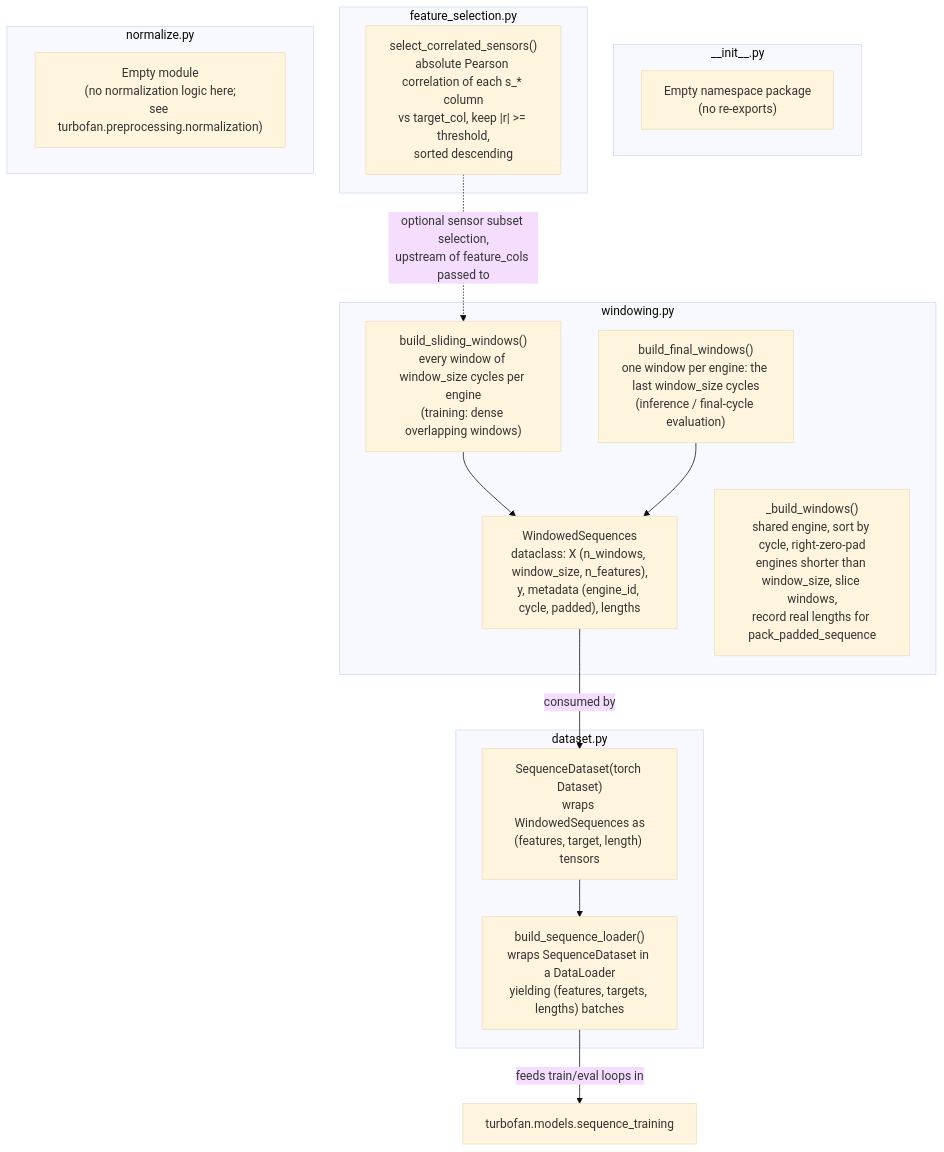
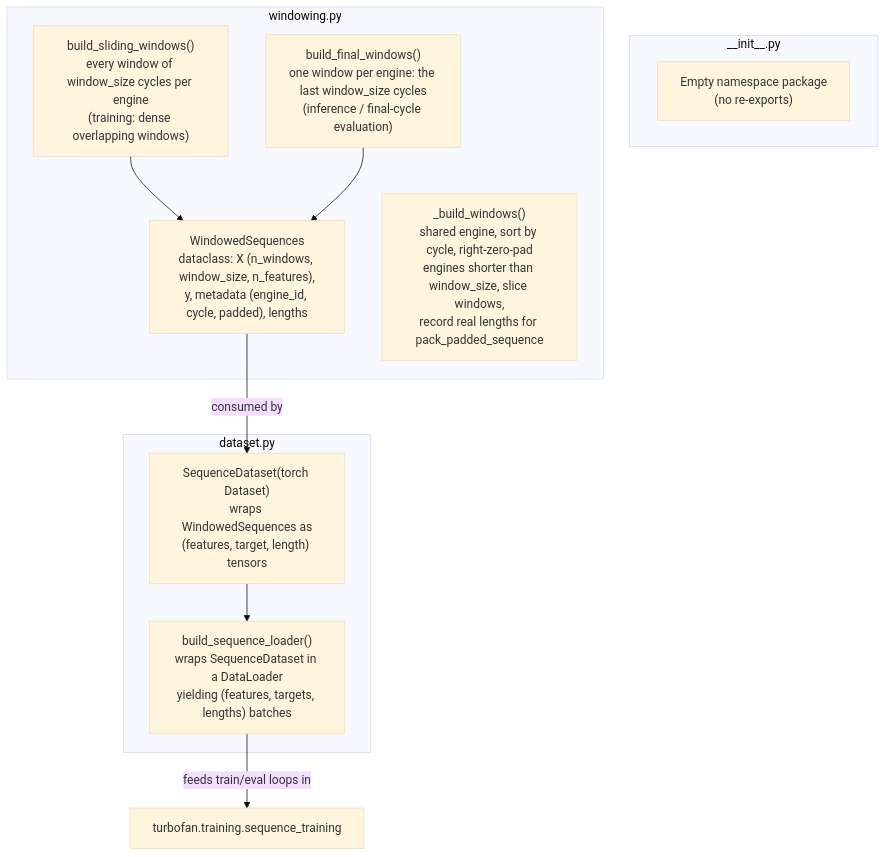
Before and after one commit to virgil-castillo/turbofan-rul-mlops: the diagram in src/turbofan/sequences/diagram.md, drawn with Mermaid (base theme). The commit also changed 9 other files, not shown here.

First line of the commit message:
docs: refresh module diagrams for the boundary refactor

````diff
--- a/src/turbofan/sequences/diagram.md
+++ b/src/turbofan/sequences/diagram.md
@@ -3,33 +3,24 @@
 ```mermaid
 flowchart TD
     subgraph init_py["__init__.py"]
         I1["Empty namespace package\n(no re-exports)"]
     end
 
     subgraph windowing_py["windowing.py"]
         W1["WindowedSequences\ndataclass: X (n_windows, window_size, n_features),\ny, metadata (engine_id, cycle, padded), lengths"]
         W2["build_sliding_windows()\nevery window of window_size cycles per engine\n(training: dense overlapping windows)"]
         W3["build_final_windows()\none window per engine: the last window_size cycles\n(inference / final-cycle evaluation)"]
         W4["_build_windows()\nshared engine, sort by cycle, right-zero-pad\nengines shorter than window_size, slice windows,\nrecord real lengths for pack_padded_sequence"]
     end
 
     subgraph dataset_py["dataset.py"]
         D1["SequenceDataset(torch Dataset)\nwraps WindowedSequences as\n(features, target, length) tensors"]
         D2["build_sequence_loader()\nwraps SequenceDataset in a DataLoader\nyielding (features, targets, lengths) batches"]
     end
 
-    subgraph feature_selection_py["feature_selection.py"]
-        F1["select_correlated_sensors()\nabsolute Pearson correlation of each s_* column\nvs target_col, keep |r| >= threshold,\nsorted descending"]
-    end
-
-    subgraph normalize_py["normalize.py"]
-        NRM1["Empty module\n(no normalization logic here;\nsee turbofan.preprocessing.normalization)"]
-    end
-
     W2 --> W1
     W3 --> W1
     W1 -->|"consumed by"| D1
     D1 --> D2
-    D2 -->|"feeds train/eval loops in"| TrainingNote["turbofan.models.sequence_training"]
-    F1 -.->|"optional sensor subset selection,\nupstream of feature_cols passed to"| W2
+    D2 -->|"feeds train/eval loops in"| TrainingNote["turbofan.training.sequence_training"]
 ```
````
